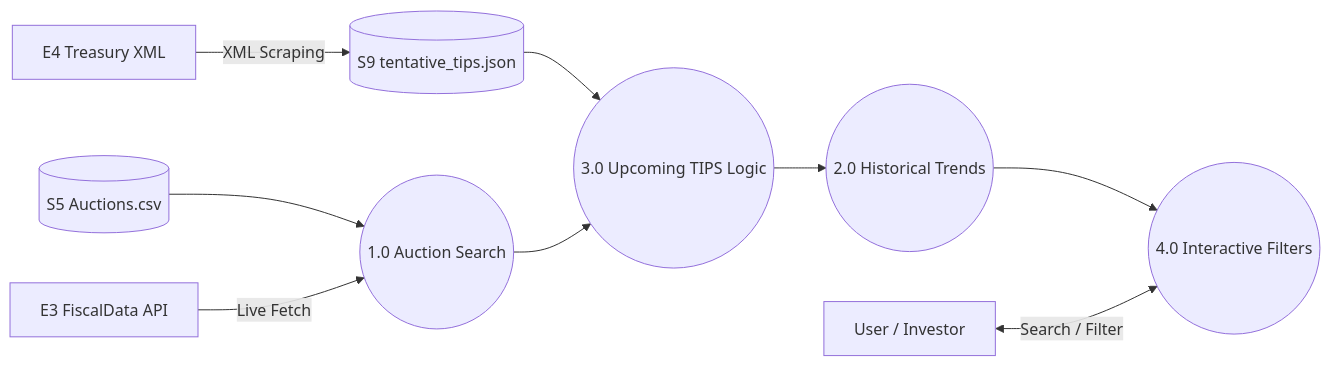
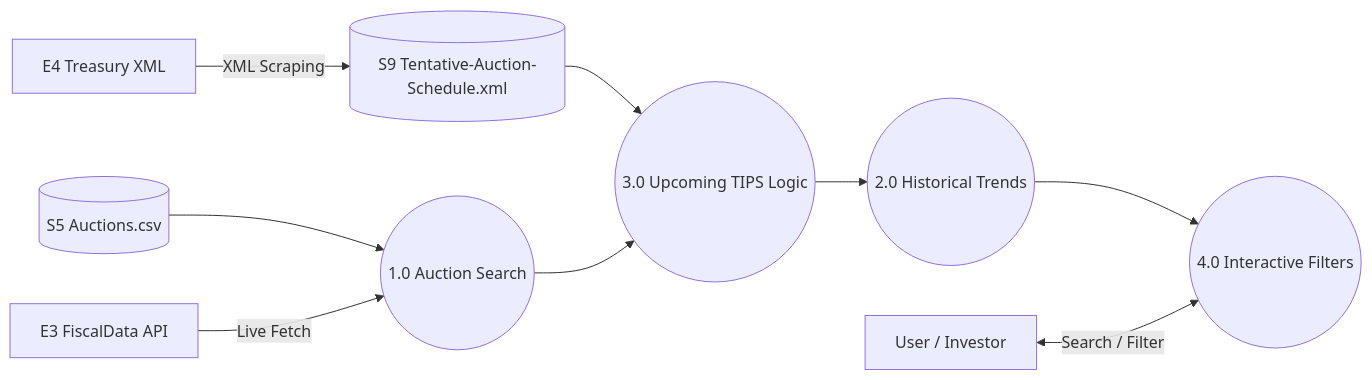
Before and after one commit to aerokam/TIPS: the diagram in knowledge/TreasuryAuctions.md, drawn with Mermaid. The commit also changed other lines of this file and 9 other files, not shown here.

First line of the commit message:
TreasuryAuctions: code and doc updates for tentative-schedule pipeline fix

````diff
--- a/knowledge/TreasuryAuctions.md
+++ b/knowledge/TreasuryAuctions.md
@@ -9,36 +9,36 @@
 ```mermaid
 graph LR
     %% Data Stores (S)
     S5[(S5 Auctions.csv)]
-    S9[(S9 tentative_tips.json)]
+    S9[(S9 Tentative-Auction-Schedule.xml)]
     E3[E3 FiscalData API]
     E4[E4 Treasury XML]
 
     %% Processes (P)
     P1((1.0 Auction Search))
     P2((2.0 Historical Trends))
     P3((3.0 Upcoming TIPS Logic))
     P4((4.0 Interactive Filters))
 
     %% User (E)
     U[User / Investor]
 
     %% Inbound Data
     S5 --> P1
     E3 -->|Live Fetch| P1
     E4 -->|XML Scraping| S9
     S9 --> P3
     P1 --> P3
     
     %% Internal Flows
     P3 --> P2
     P2 --> P4
     
     %% User Interaction
     U <-->|Search / Filter| P4
 
     %% Links to Specs
     click P1 "#/md/TreasuryAuctions/knowledge/Data_Pipeline.md" "View Data Logic"
     click S5 "#/md/knowledge/DataStores.md#s5" "View Schema"
     click S9 "#/md/knowledge/DataStores.md#s9" "View Tentative Data"
 ```
````
